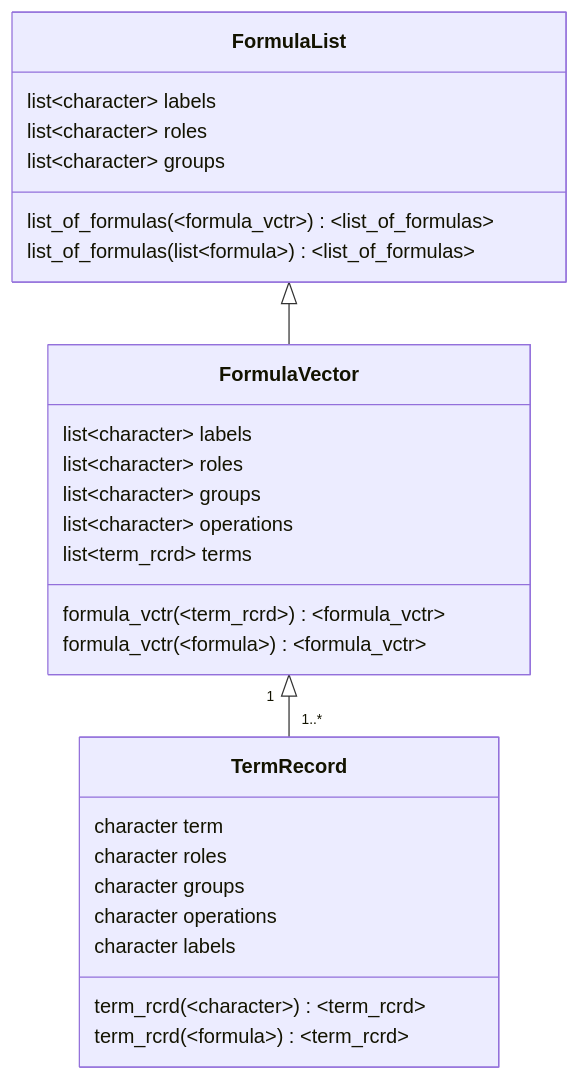
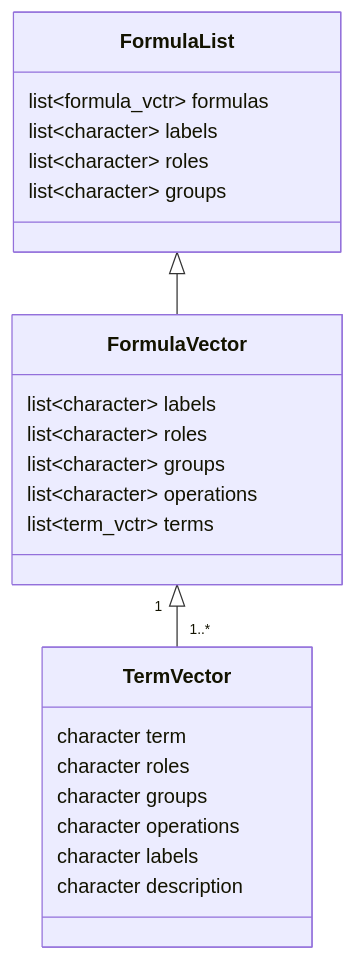
Before and after one commit to shah-in-boots/notes: the diagram in docs/Epidemiology/programming-formula-lists.md, drawn with Mermaid. The commit also changed other lines of this file and 1 other file, not shown here.

Commit message:
updated formulas from forks thoughts

````diff
--- a/docs/Epidemiology/programming-formula-lists.md
+++ b/docs/Epidemiology/programming-formula-lists.md
@@ -26,35 +26,31 @@
 ```mermaid
 classDiagram
 direction TB
 
 class FormulaList {
+	list~formula_vctr~ formulas
 	list~character~ labels
 	list~character~ roles
 	list~character~ groups
-	list_of_formulas(~formula_vctr~) ~list_of_formulas~
-	list_of_formulas(list~formula~) ~list_of_formulas~
 }
 
 class FormulaVector {
 	list~character~ labels
 	list~character~ roles
 	list~character~ groups
 	list~character~ operations
-	list~term_rcrd~ terms
-	formula_vctr(~term_rcrd~) ~formula_vctr~
-	formula_vctr(~formula~) ~formula_vctr~
+	list~term_vctr~ terms
 }
 
-class TermRecord {
+class TermVector {
 	character term
 	character roles
 	character groups
 	character operations
 	character labels
-	term_rcrd(~character~) ~term_rcrd~
-	term_rcrd(~formula~) ~term_rcrd~
+	character description
 }
 
 FormulaList <|-- FormulaVector
-FormulaVector "1" <|-- "1..*" TermRecord
+FormulaVector "1" <|-- "1..*" TermVector
 ```
````
